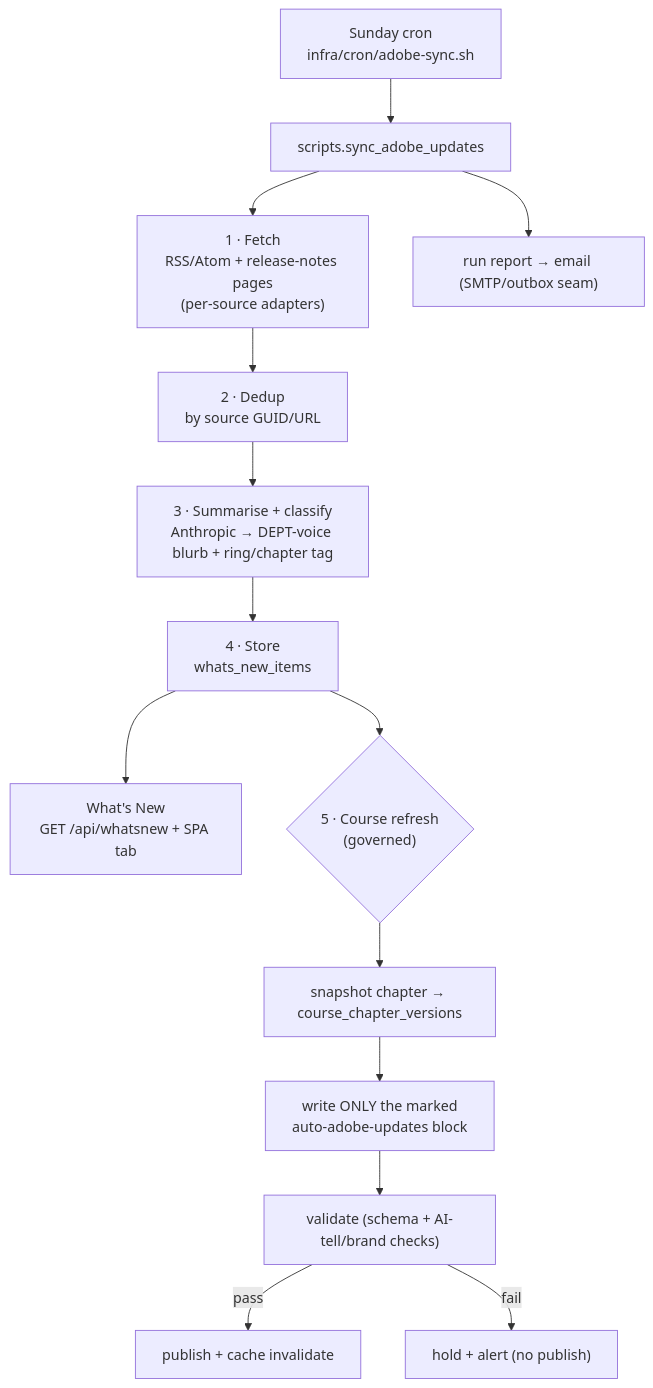
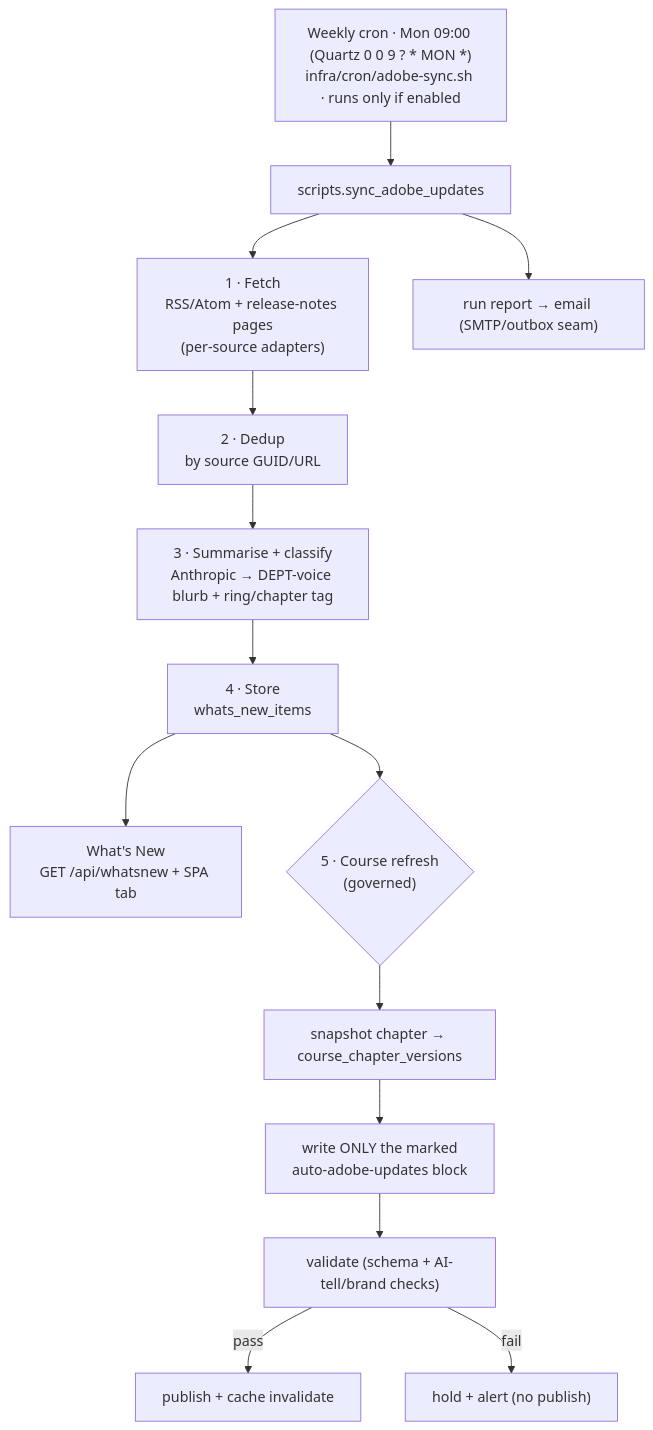
One commit to yashmody/code-anatomy changed the diagram in docs/architecture/v2/whats-new-pipeline.md. Above: the diagram before and after it, drawn with Mermaid. The commit also changed other lines of this file, not shown here.

````diff
--- a/docs/architecture/v2/whats-new-pipeline.md
+++ b/docs/architecture/v2/whats-new-pipeline.md
@@ -62,16 +63,16 @@
 ```mermaid
 flowchart TD
-    CRON["Sunday cron<br/>infra/cron/adobe-sync.sh"] --> RUN["scripts.sync_adobe_updates"]
+    CRON["Weekly cron · Mon 09:00 (Quartz 0 0 9 ? * MON *)<br/>infra/cron/adobe-sync.sh · runs only if enabled"] --> RUN["scripts.sync_adobe_updates"]
     RUN --> F["1 · Fetch<br/>RSS/Atom + release-notes pages<br/>(per-source adapters)"]
     F --> D["2 · Dedup<br/>by source GUID/URL"]
     D --> S["3 · Summarise + classify<br/>Anthropic → DEPT-voice blurb + ring/chapter tag"]
     S --> ST["4 · Store<br/>whats_new_items"]
     ST --> WN["What's New<br/>GET /api/whatsnew + SPA tab"]
     ST --> CR{"5 · Course refresh<br/>(governed)"}
     CR --> SNAP["snapshot chapter → course_chapter_versions"]
     SNAP --> WRITE["write ONLY the marked<br/>auto-adobe-updates block"]
     WRITE --> VAL["validate (schema + AI-tell/brand checks)"]
     VAL -->|pass| PUB["publish + cache invalidate"]
     VAL -->|fail| HOLD["hold + alert (no publish)"]
     RUN --> NOTIFY["run report → email (SMTP/outbox seam)"]
 ```
````
